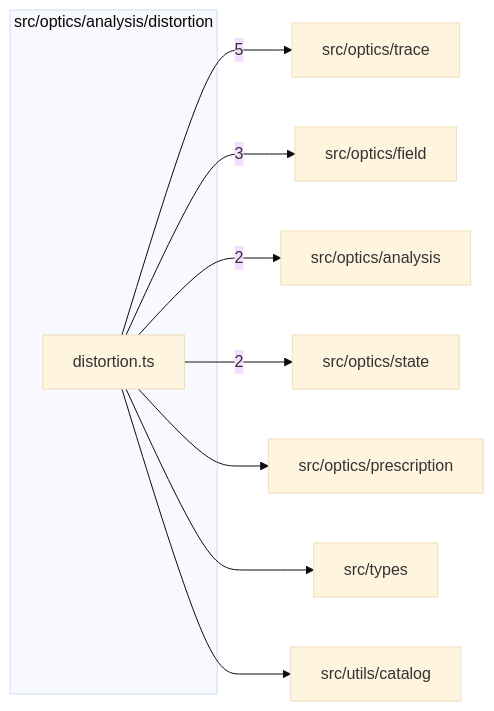
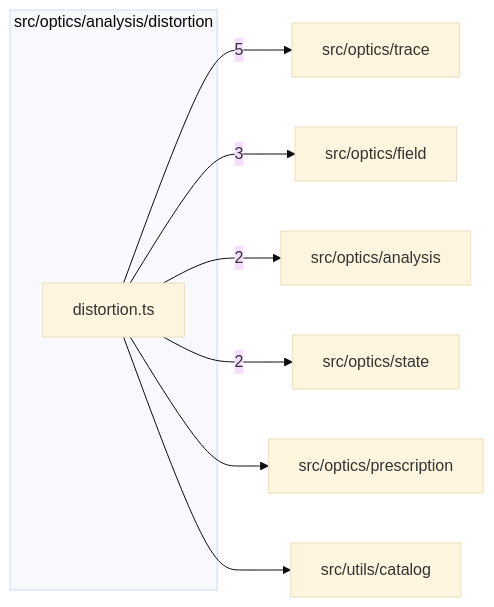
The diagram in src/optics/analysis/distortion/readme.md (ronbuening/LensVisualizer), drawn with Mermaid (base theme) before and after one commit. The commit also changed other lines of this file and 32 other files, not shown here.

````diff
--- a/src/optics/analysis/distortion/readme.md
+++ b/src/optics/analysis/distortion/readme.md
@@ -9,20 +9,18 @@
 ```mermaid
 flowchart LR
   subgraph n_src_optics_analysis_distortion["src/optics/analysis/distortion"]
     n_src_optics_analysis_distortion_src_optics_analysis_distortion_distortion_ts["distortion.ts"]
   end
   n_external_src_optics_trace["src/optics/trace"]
   n_external_src_optics_field["src/optics/field"]
   n_external_src_optics_analysis["src/optics/analysis"]
   n_external_src_optics_state["src/optics/state"]
   n_external_src_optics_prescription["src/optics/prescription"]
-  n_external_src_types["src/types"]
   n_external_src_utils_catalog["src/utils/catalog"]
   n_src_optics_analysis_distortion_src_optics_analysis_distortion_distortion_ts --> |5| n_external_src_optics_trace
   n_src_optics_analysis_distortion_src_optics_analysis_distortion_distortion_ts --> |3| n_external_src_optics_field
   n_src_optics_analysis_distortion_src_optics_analysis_distortion_distortion_ts --> |2| n_external_src_optics_analysis
   n_src_optics_analysis_distortion_src_optics_analysis_distortion_distortion_ts --> |2| n_external_src_optics_state
   n_src_optics_analysis_distortion_src_optics_analysis_distortion_distortion_ts --> n_external_src_optics_prescription
-  n_src_optics_analysis_distortion_src_optics_analysis_distortion_distortion_ts --> n_external_src_types
   n_src_optics_analysis_distortion_src_optics_analysis_distortion_distortion_ts --> n_external_src_utils_catalog
 ```
````
